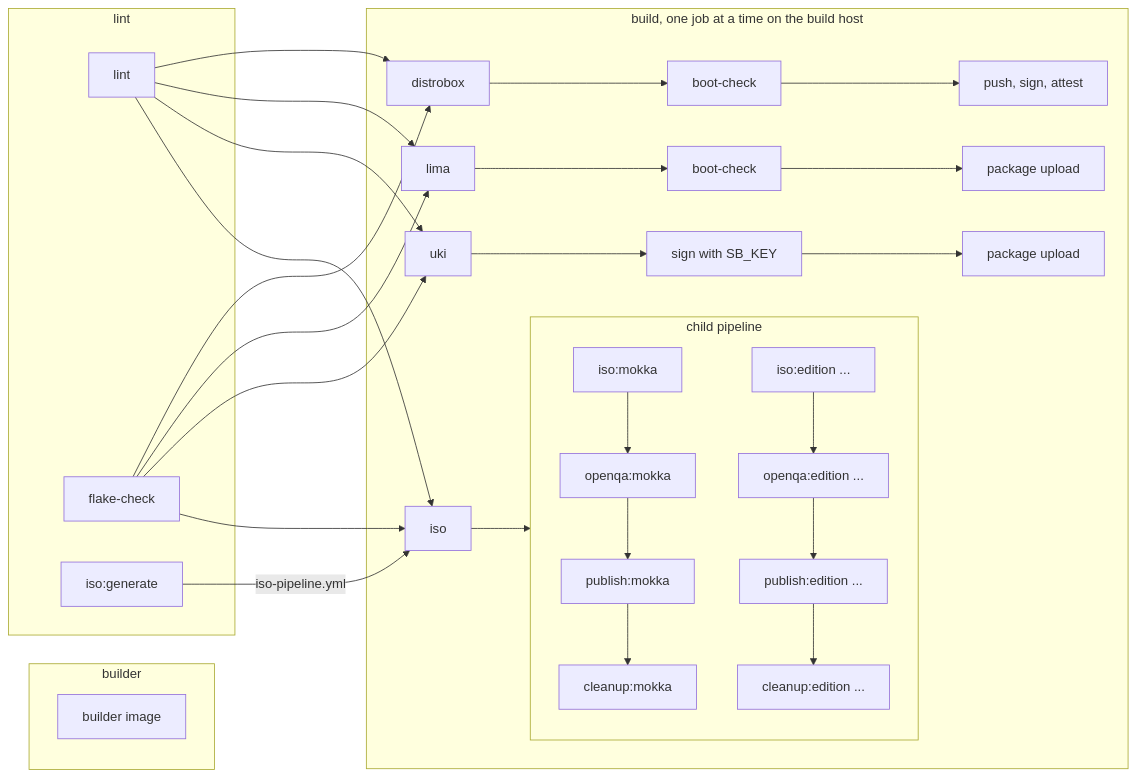
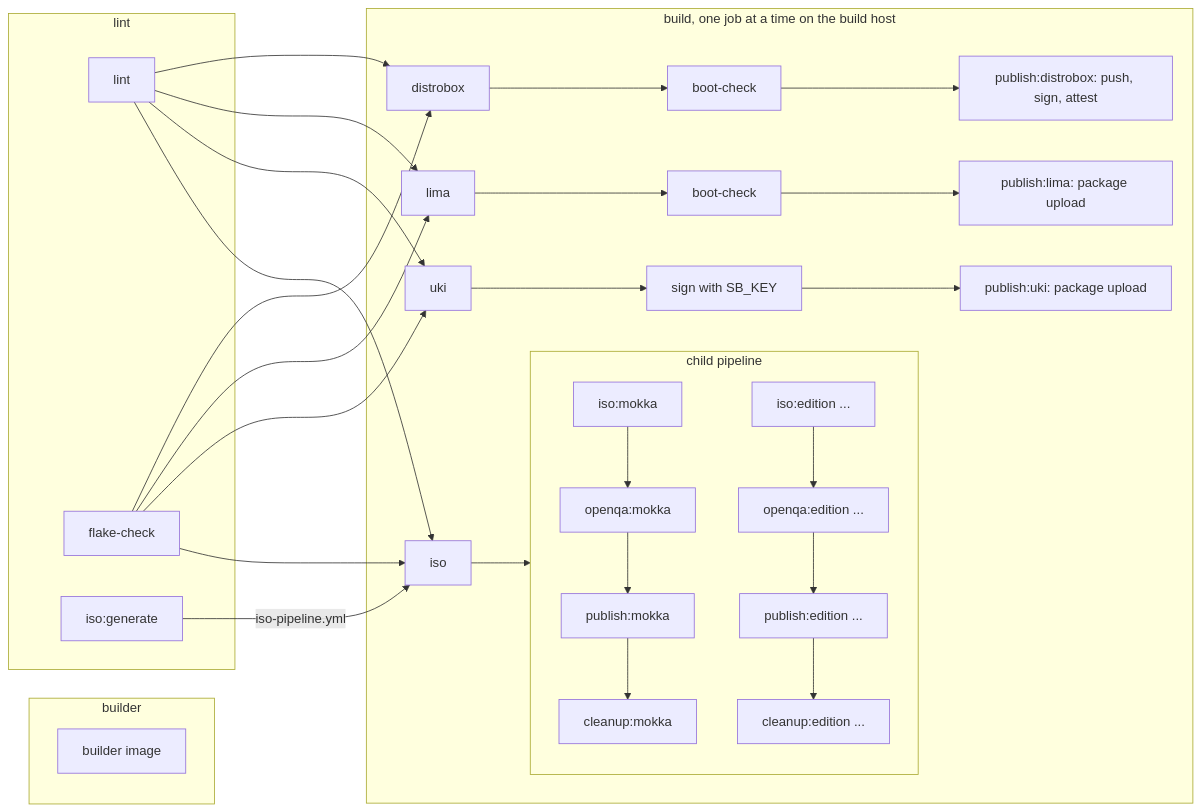
One commit to garuda-linux/image-builder changed the diagram in docs/ci.md. Above: the diagram before and after it, drawn with Mermaid. The commit also changed other lines of this file and 9 other files, not shown here.

````diff
--- a/docs/ci.md
+++ b/docs/ci.md
@@ -49,27 +55,27 @@
 ```mermaid
 flowchart LR
   subgraph s1 [builder]
     builder[builder image]
   end
 
   subgraph s2 [lint]
     lint[lint]
     flake[flake-check]
     generate[iso:generate]
   end
 
   subgraph s3 [build, one job at a time on the build host]
-    distrobox[distrobox] --> dcheck[boot-check] --> publish[push, sign, attest]
-    lima[lima] --> lcheck[boot-check] --> upload[package upload]
-    uki[uki] --> usign[sign with SB_KEY] --> uupload[package upload]
+    distrobox[distrobox] --> dcheck[boot-check] --> publish[publish:distrobox: push, sign, attest]
+    lima[lima] --> lcheck[boot-check] --> upload[publish:lima: package upload]
+    uki[uki] --> usign[sign with SB_KEY] --> uupload[publish:uki: package upload]
     trigger[iso] --> child
 
     subgraph child [child pipeline]
       edition1[iso:mokka] --> test1[openqa:mokka] --> publish1[publish:mokka] --> cleanup1[cleanup:mokka]
       edition2[iso:edition ...] --> test2[openqa:edition ...] --> publish2[publish:edition ...] --> cleanup2[cleanup:edition ...]
     end
   end
 
   lint & flake --> distrobox & lima & uki & trigger
   generate -- iso-pipeline.yml --> trigger
 ```
````
